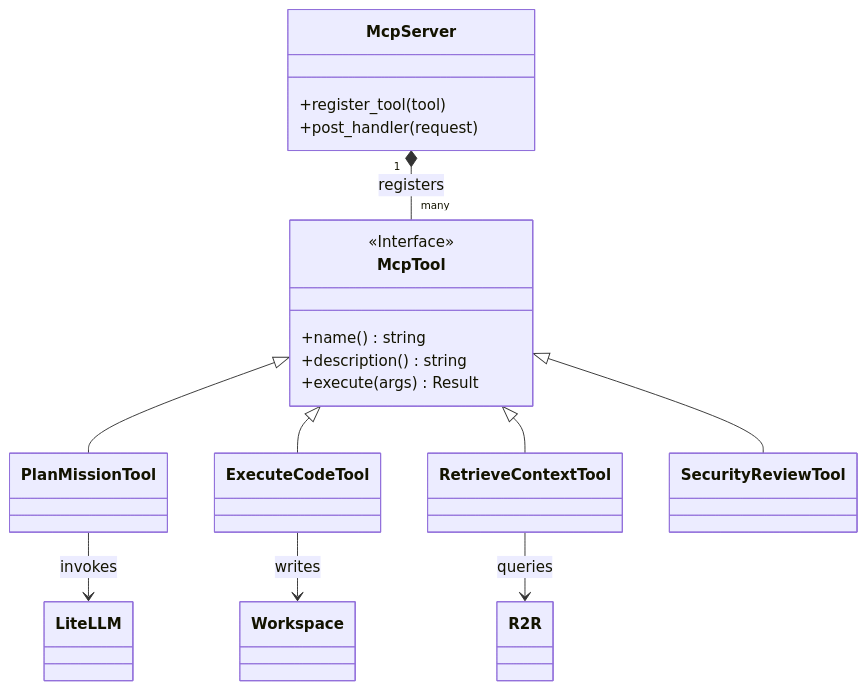
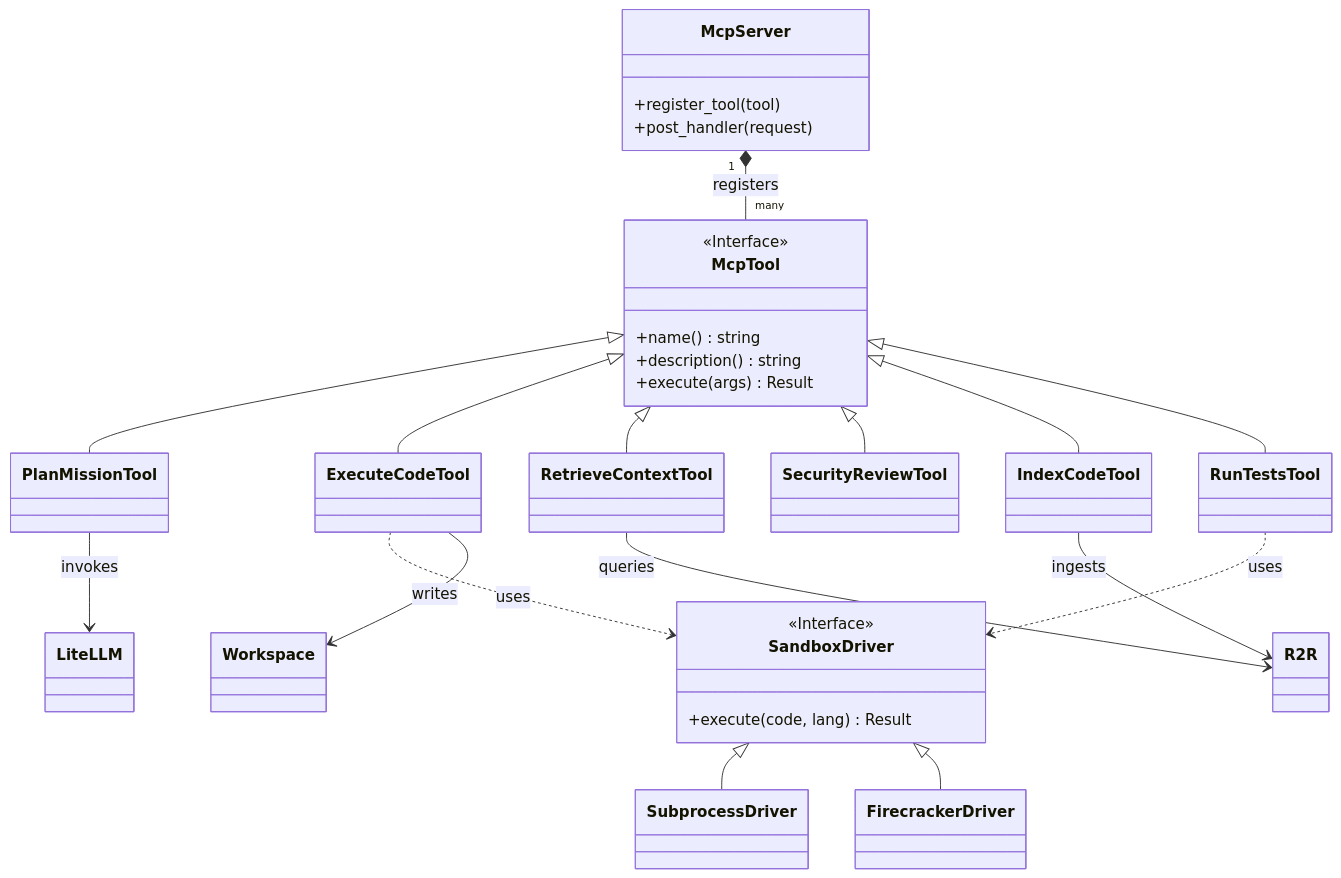
One commit to lgcorzo/rust_CACD_autonomous_factory changed the second of 2 diagrams in docs/architecture.md. Above: the diagram before and after it, drawn with Mermaid. The commit also changed other lines of this file and 11 other files, not shown here.

Commit message:
feat: align Rust MCP server with 11.0 Technical Plan (SSE, Sandbox, new tools) and update docs

````diff
--- a/docs/architecture.md
+++ b/docs/architecture.md
@@ -73,22 +74,35 @@
 ```mermaid
 classDiagram
     McpServer "1" *-- "many" McpTool : registers
     class McpServer {
         +register_tool(tool)
         +post_handler(request)
     }
     class McpTool {
         <<Interface>>
         +name() string
         +description() string
         +execute(args) Result
     }
     McpTool <|-- PlanMissionTool
     McpTool <|-- ExecuteCodeTool
     McpTool <|-- RetrieveContextTool
     McpTool <|-- SecurityReviewTool
+    McpTool <|-- IndexCodeTool
+    McpTool <|-- RunTestsTool
+
+    ExecuteCodeTool ..> SandboxDriver : uses
+    RunTestsTool ..> SandboxDriver : uses
+    
+    class SandboxDriver {
+        <<Interface>>
+        +execute(code, lang) Result
+    }
+    SandboxDriver <|-- SubprocessDriver
+    SandboxDriver <|-- FirecrackerDriver
 
     PlanMissionTool --> LiteLLM : invokes
     RetrieveContextTool --> R2R : queries
+    IndexCodeTool --> R2R : ingests
     ExecuteCodeTool --> Workspace : writes
 ```
````
